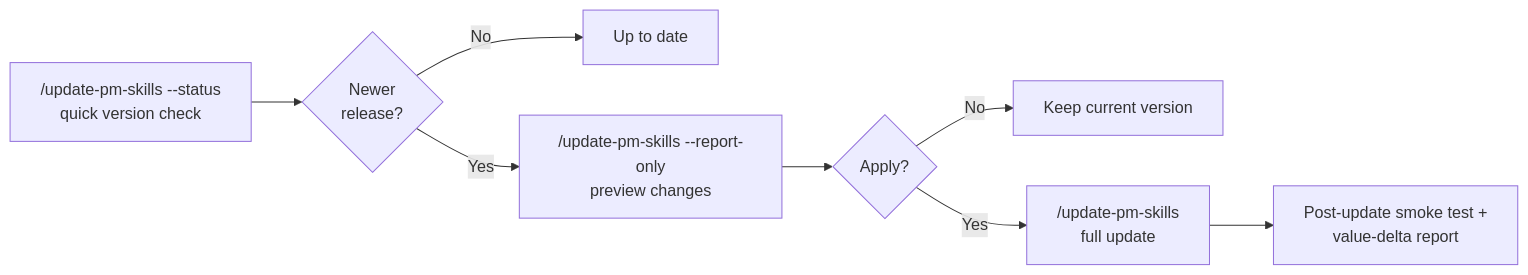
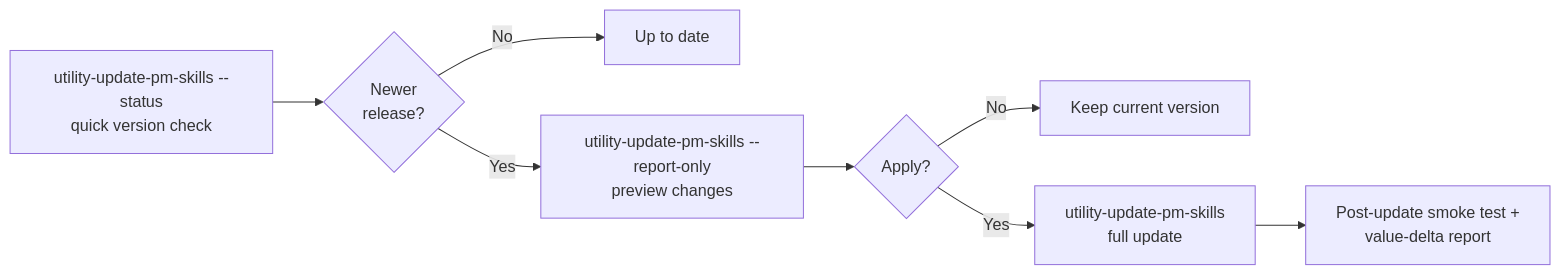
One commit to product-on-purpose/pm-skills changed the second of 3 diagrams in docs/guides/pm-skill-lifecycle.md. Above: the diagram before and after it, drawn with Mermaid. The commit also changed other lines of this file and 187 other files, not shown here.

````diff
--- a/docs/guides/pm-skill-lifecycle.md
+++ b/docs/guides/pm-skill-lifecycle.md
@@ -59,10 +59,10 @@
 ```mermaid
 flowchart LR
-    Status["/update-pm-skills --status<br/>quick version check"] --> Decision{Newer<br/>release?}
+    Status["utility-update-pm-skills --status<br/>quick version check"] --> Decision{Newer<br/>release?}
     Decision -- "No" --> Done["Up to date"]
-    Decision -- "Yes" --> Preview["/update-pm-skills --report-only<br/>preview changes"]
+    Decision -- "Yes" --> Preview["utility-update-pm-skills --report-only<br/>preview changes"]
     Preview --> Apply{"Apply?"}
     Apply -- "No" --> Keep["Keep current version"]
-    Apply -- "Yes" --> Run["/update-pm-skills<br/>full update"]
+    Apply -- "Yes" --> Run["utility-update-pm-skills<br/>full update"]
     Run --> Smoke["Post-update smoke test +<br/>value-delta report"]
 ```
````
